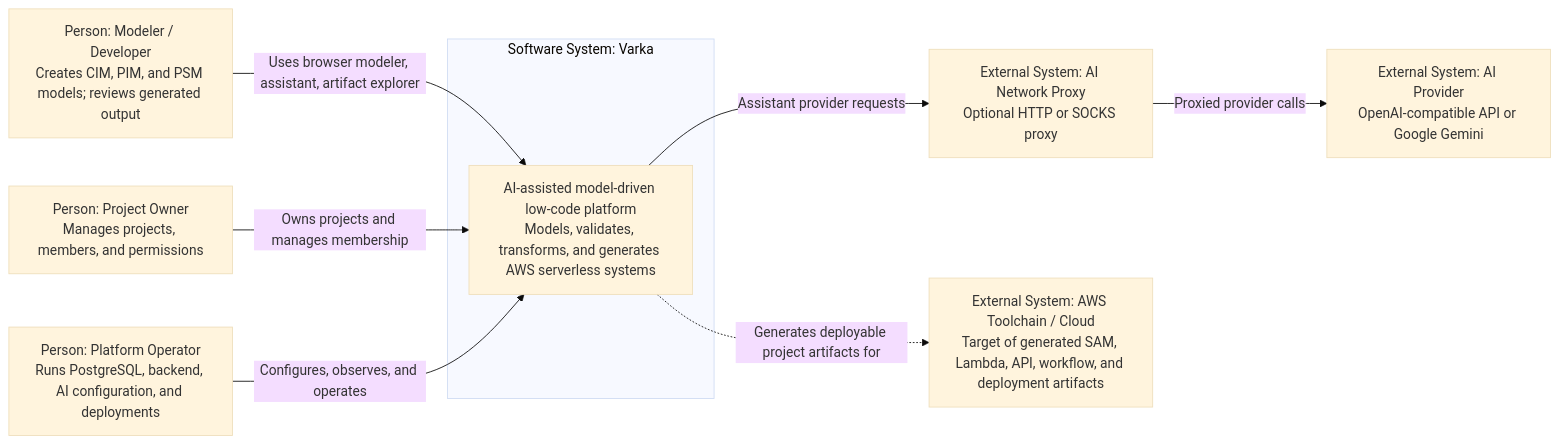
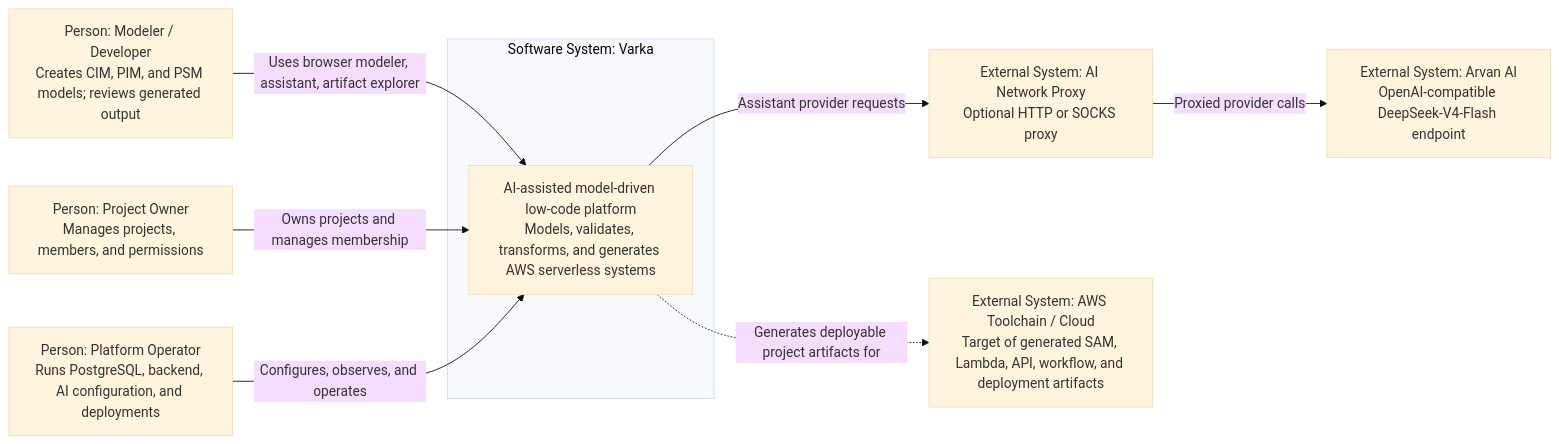
One commit to mehdieidi/modriss changed the first of 2 diagrams in docs/diagrams/01-c4-system-context.md. Above: the diagram before and after it, drawn with Mermaid (base theme). The commit also changed other lines of this file and 66 other files, not shown here.

````diff
--- a/docs/diagrams/01-c4-system-context.md
+++ b/docs/diagrams/01-c4-system-context.md
@@ -3,21 +3,21 @@
 ```mermaid
 flowchart LR
     developer["Person: Modeler / Developer<br/>Creates CIM, PIM, and PSM models; reviews generated output"]
     owner["Person: Project Owner<br/>Manages projects, members, and permissions"]
     operator["Person: Platform Operator<br/>Runs PostgreSQL, backend, AI configuration, and deployments"]
 
     subgraph varka["Software System: Varka"]
         system["AI-assisted model-driven low-code platform<br/>Models, validates, transforms, and generates AWS serverless systems"]
     end
 
-    llm["External System: AI Provider<br/>OpenAI-compatible API or Google Gemini"]
+    llm["External System: Arvan AI<br/>OpenAI-compatible DeepSeek-V4-Flash endpoint"]
     proxy["External System: AI Network Proxy<br/>Optional HTTP or SOCKS proxy"]
     aws["External System: AWS Toolchain / Cloud<br/>Target of generated SAM, Lambda, API, workflow, and deployment artifacts"]
 
     developer -->|"Uses browser modeler, assistant, artifact explorer"| system
     owner -->|"Owns projects and manages membership"| system
     operator -->|"Configures, observes, and operates"| system
     system -->|"Assistant provider requests"| proxy
     proxy -->|"Proxied provider calls"| llm
     system -.->|"Generates deployable project artifacts for"| aws
 ```
````
